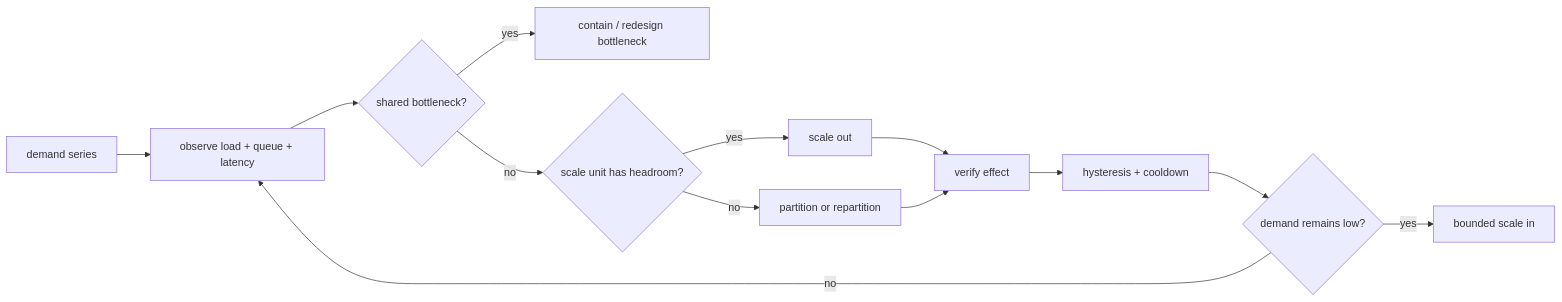
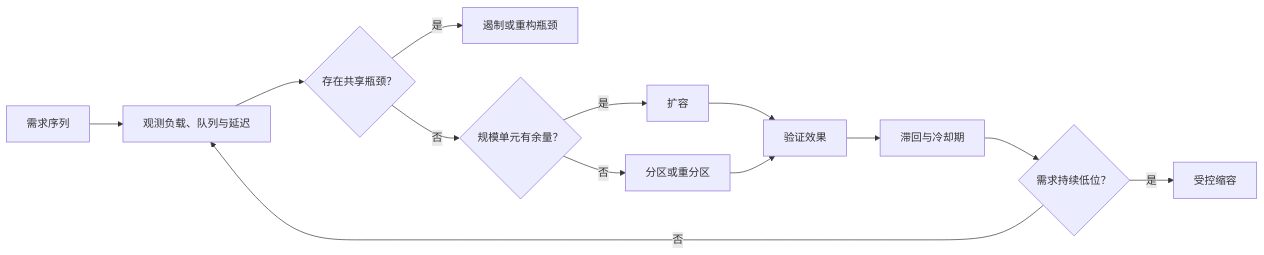
Before and after one commit to sealday/tego-arch: the diagram in content/quality-attributes/qa-04-scalability-elasticity.mdx, drawn with Mermaid. The commit also changed other lines of this file and 20 other files, not shown here.

````diff
--- a/content/quality-attributes/qa-04-scalability-elasticity.mdx
+++ b/content/quality-attributes/qa-04-scalability-elasticity.mdx
@@ -111,15 +111,15 @@
 ```mermaid
 flowchart LR
-  D[demand series] --> O[observe load + queue + latency]
-  O --> B{shared bottleneck?}
-  B -- yes --> F[contain / redesign bottleneck]
-  B -- no --> S{scale unit has headroom?}
-  S -- yes --> X[scale out]
-  S -- no --> P[partition or repartition]
-  X --> V[verify effect]
+  D[需求序列] --> O[观测负载、队列与延迟]
+  O --> B{存在共享瓶颈？}
+  B -- 是 --> F[遏制或重构瓶颈]
+  B -- 否 --> S{规模单元有余量？}
+  S -- 是 --> X[扩容]
+  S -- 否 --> P[分区或重分区]
+  X --> V[验证效果]
   P --> V
-  V --> H[hysteresis + cooldown]
-  H --> I{demand remains low?}
-  I -- yes --> N[bounded scale in]
-  I -- no --> O
+  V --> H[滞回与冷却期]
+  H --> I{需求持续低位？}
+  I -- 是 --> N[受控缩容]
+  I -- 否 --> O
 ```
````
